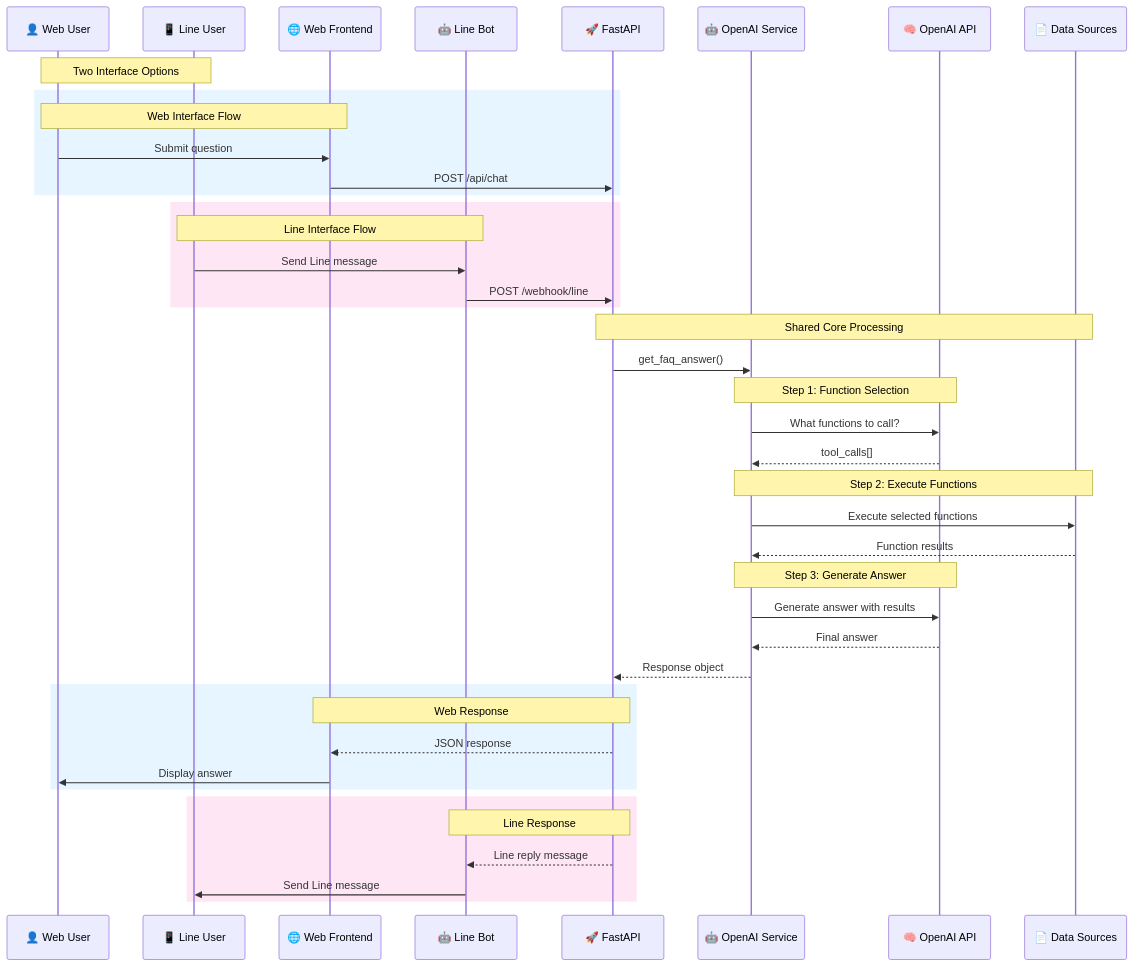
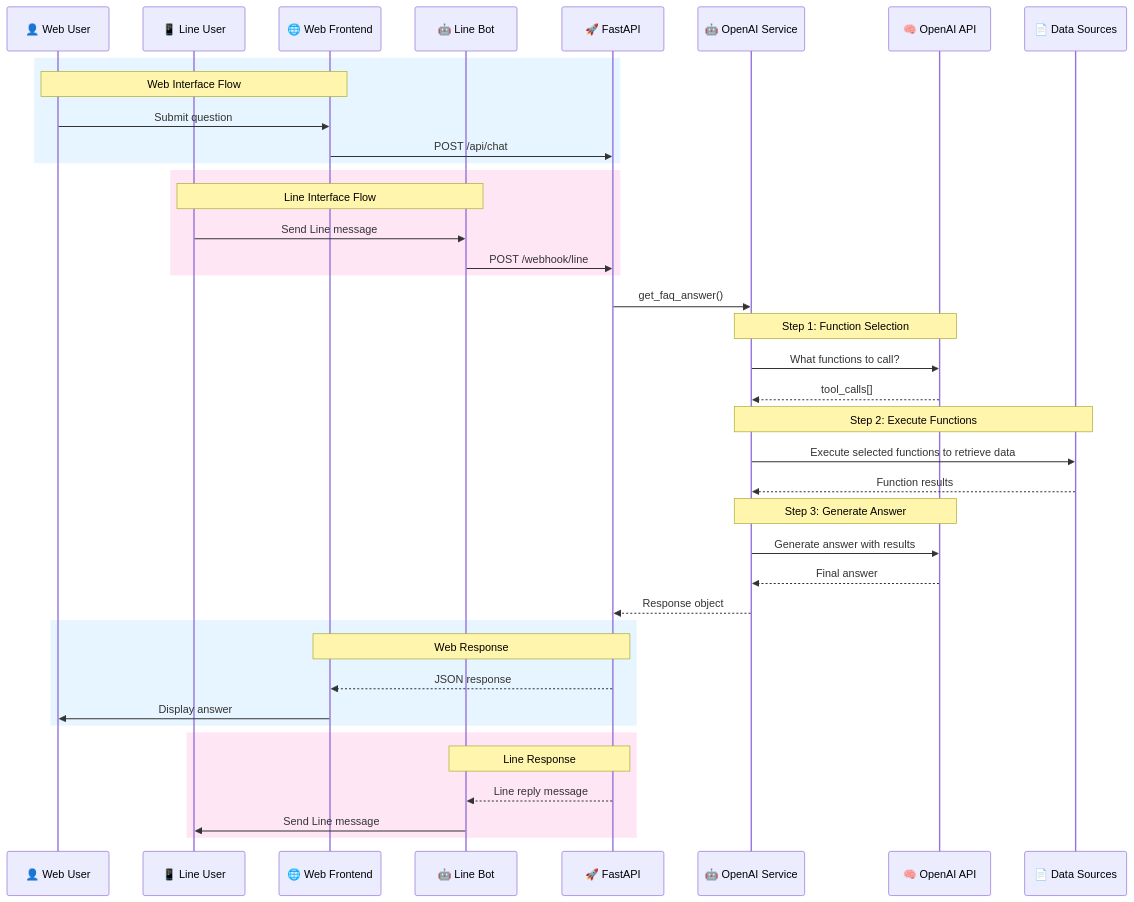
One commit to ythuang0522/FAQbot changed the diagram in README.md. Above: the diagram before and after it, drawn with Mermaid.

Commit message:
Update README.md: clean up architecture diagram formatting

````diff
--- a/README.md
+++ b/README.md
@@ -12,55 +12,51 @@
 ```mermaid
 sequenceDiagram
     participant WU as 👤 Web User
     participant LU as 📱 Line User
     participant F as 🌐 Web Frontend
     participant L as 🤖 Line Bot
     participant API as 🚀 FastAPI
     participant OS as 🤖 OpenAI Service
     participant OAI as 🧠 OpenAI API
     participant Data as 📄 Data Sources
-
-    Note over WU,LU: Two Interface Options
 
     rect rgb(230, 245, 255)
         Note over WU,F: Web Interface Flow
         WU->>F: Submit question
         F->>API: POST /api/chat
     end
 
     rect rgb(255, 230, 245)
         Note over LU,L: Line Interface Flow
         LU->>L: Send Line message
         L->>API: POST /webhook/line
     end
 
-    Note over API,Data: Shared Core Processing
-
     API->>OS: get_faq_answer()
     
     Note over OS,OAI: Step 1: Function Selection
     OS->>OAI: What functions to call?
     OAI-->>OS: tool_calls[]
     
     Note over OS,Data: Step 2: Execute Functions
-    OS->>Data: Execute selected functions
+    OS->>Data: Execute selected functions to retrieve data
     Data-->>OS: Function results
     
     Note over OS,OAI: Step 3: Generate Answer
     OS->>OAI: Generate answer with results
     OAI-->>OS: Final answer
     
     OS-->>API: Response object
 
     rect rgb(230, 245, 255)
         Note over API,F: Web Response
         API-->>F: JSON response
         F->>WU: Display answer
     end
 
     rect rgb(255, 230, 245)
         Note over API,L: Line Response
         API-->>L: Line reply message
         L->>LU: Send Line message
     end
 ```
````
